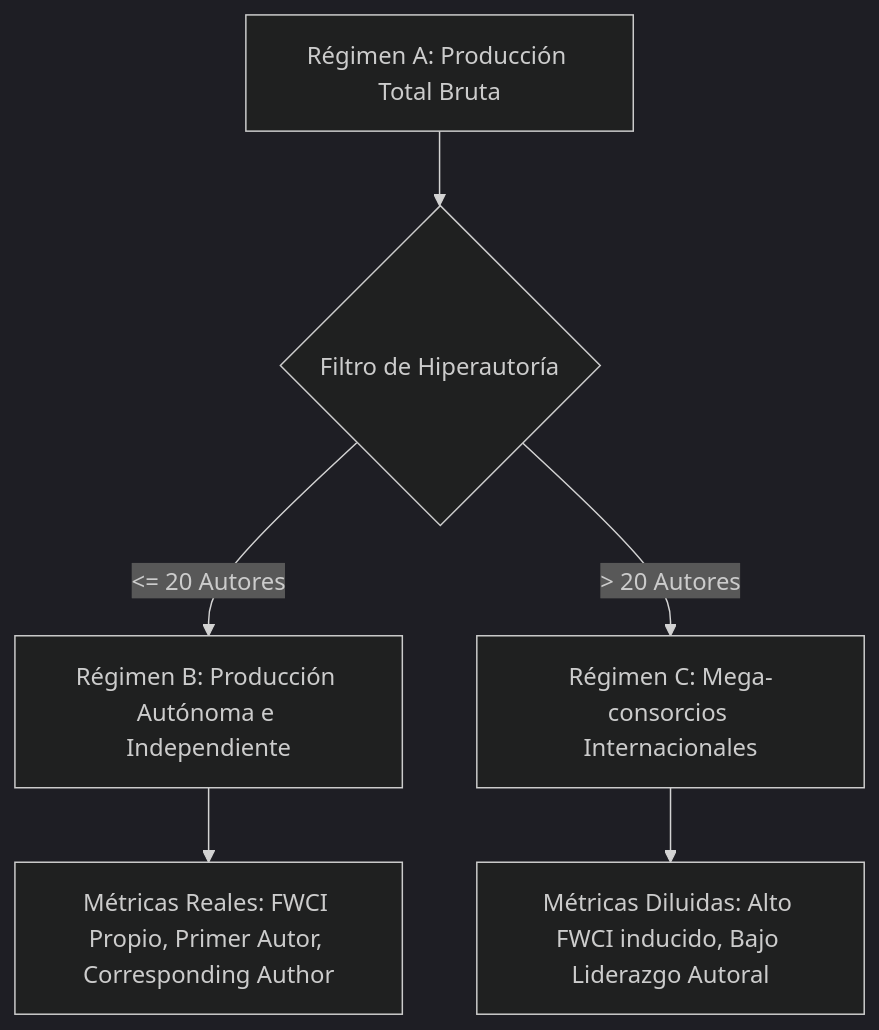
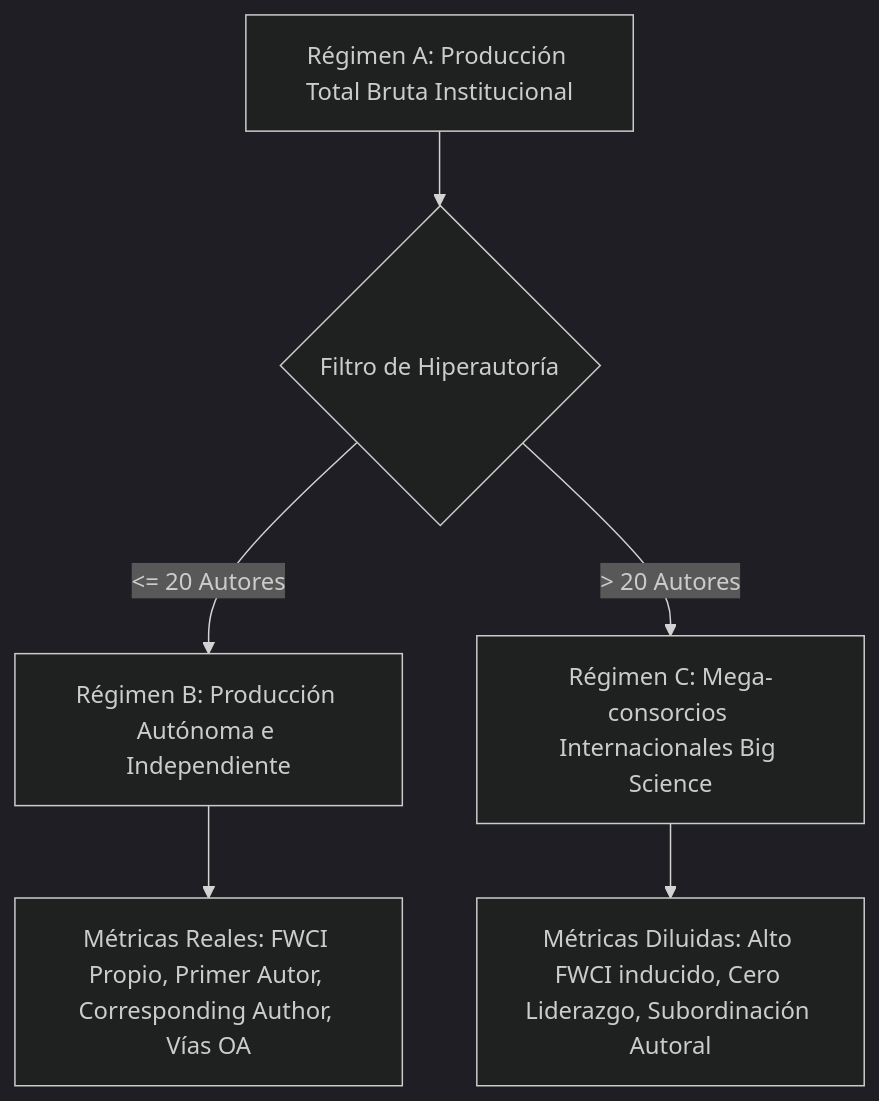
One commit to chilti/sos-mcp-services changed the diagram in .agents/skills/template-informe-tecnico-institucional/SKILL.md. Above: the diagram before and after it, drawn with Mermaid (dark theme). The commit also changed other lines of this file and 3 other files, not shown here.

````diff
--- a/.agents/skills/template-informe-tecnico-institucional/SKILL.md
+++ b/.agents/skills/template-informe-tecnico-institucional/SKILL.md
@@ -72,8 +94,8 @@
 ```mermaid
 graph TD
-    R_A[Régimen A: Producción Total Bruta] --> Filtro{Filtro de Hiperautoría}
+    R_A[Régimen A: Producción Total Bruta Institucional] --> Filtro{Filtro de Hiperautoría}
     Filtro -->|<= 20 Autores| R_B[Régimen B: Producción Autónoma e Independiente]
-    Filtro -->|> 20 Autores| R_C[Régimen C: Mega-consorcios Internacionales]
-    R_B --> Met_B[Métricas Reales: FWCI Propio, Primer Autor, Corresponding Author]
-    R_C --> Met_C[Métricas Diluidas: Alto FWCI inducido, Bajo Liderazgo Autoral]
+    Filtro -->|> 20 Autores| R_C[Régimen C: Mega-consorcios Internacionales Big Science]
+    R_B --> Met_B[Métricas Reales: FWCI Propio, Primer Autor, Corresponding Author, Vías OA]
+    R_C --> Met_C[Métricas Diluidas: Alto FWCI inducido, Cero Liderazgo, Subordinación Autoral]
 ```
````
